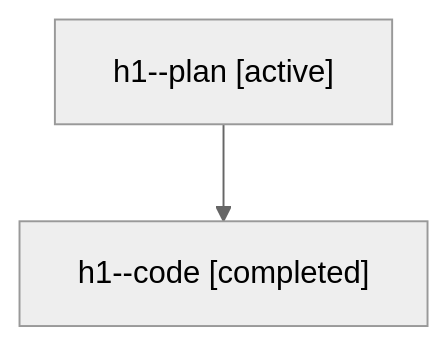
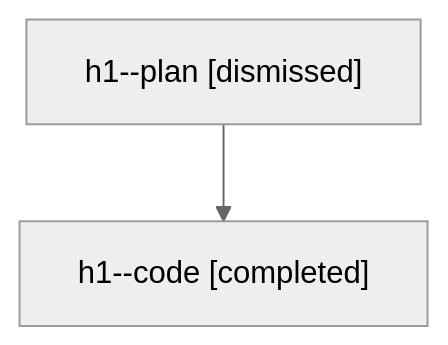
Before and after one commit to sase-org/sase--agents: the diagram in sessions/bbugyi200.athena.h1.md, drawn with Mermaid (neutral theme). The commit also changed other lines of this file and 24 other files, not shown here.

````diff
--- a/sessions/bbugyi200.athena.h1.md
+++ b/sessions/bbugyi200.athena.h1.md
@@ -9,6 +9,6 @@
 ```mermaid
 flowchart TD
-  n0["h1--plan [active]"]
+  n0["h1--plan [dismissed]"]
   n1["h1--code [completed]"]
   n0 --> n1
 ```
````
